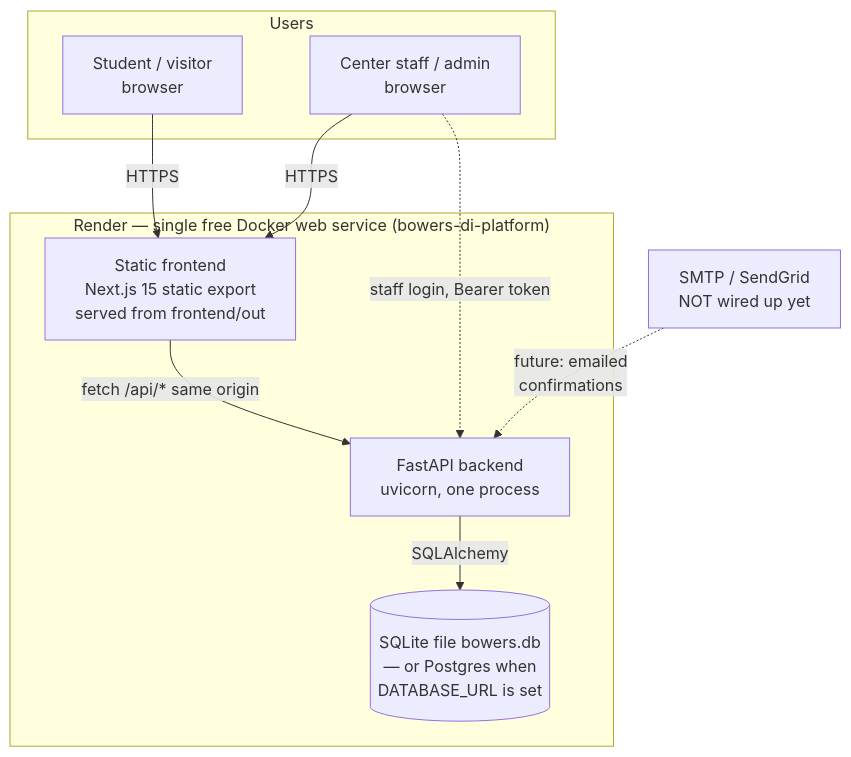
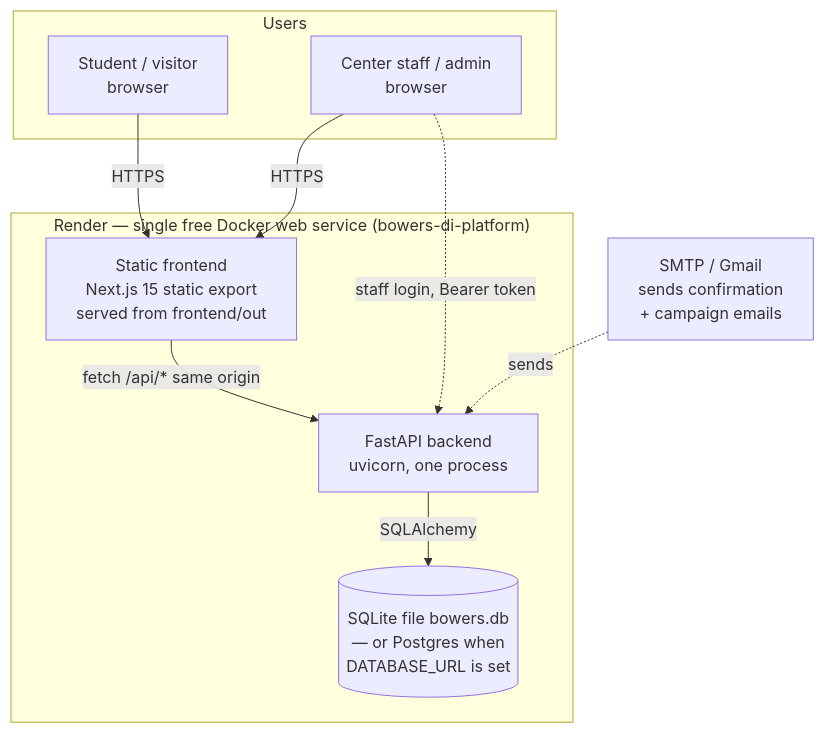
Before and after one commit to Jemimahosei/bowers-di-platform: the diagram in ARCHITECTURE.md, drawn with Mermaid. The commit also changed other lines of this file and 10 other files, not shown here.

````diff
--- a/ARCHITECTURE.md
+++ b/ARCHITECTURE.md
@@ -11,18 +11,18 @@
 ```mermaid
 flowchart TB
     subgraph Users
         S[Student / visitor<br/>browser]
         A[Center staff / admin<br/>browser]
     end
     subgraph Render["Render — single free Docker web service (bowers-di-platform)"]
         FE[Static frontend<br/>Next.js 15 static export<br/>served from frontend/out]
         API[FastAPI backend<br/>uvicorn, one process]
         DB[(SQLite file bowers.db<br/>— or Postgres when<br/>DATABASE_URL is set)]
         FE -->|fetch /api/* same origin| API
         API -->|SQLAlchemy| DB
     end
     S -->|HTTPS| FE
     A -->|HTTPS| FE
     A -.->|staff login, Bearer token| API
-    SMTP[SMTP / SendGrid<br/>NOT wired up yet] -.->|future: emailed<br/>confirmations| API
+    SMTP[SMTP / Gmail<br/>sends confirmation<br/>+ campaign emails] -.->|sends| API
 ```
````
